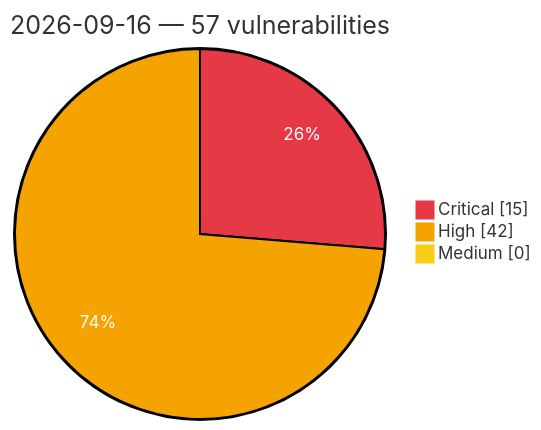
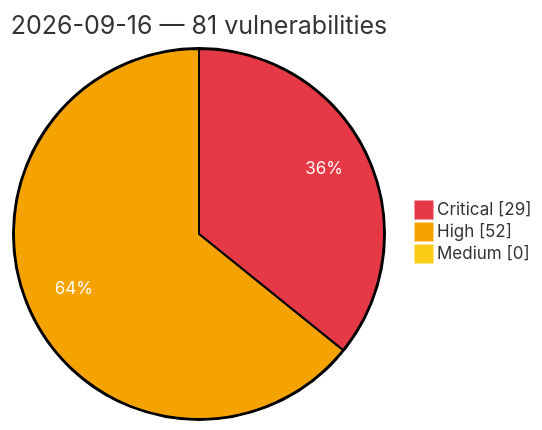
Before and after one commit to GhostX0X/vuln-tracker: the diagram in vulnerabilities/2026/September/2026-09-16.md, drawn with Mermaid. The commit also changed other lines of this file and 5 other files, not shown here.

Commit message:
Auto update: critical/high vulns (2026-09-16 19:33 UTC)

````diff
--- a/vulnerabilities/2026/September/2026-09-16.md
+++ b/vulnerabilities/2026/September/2026-09-16.md
@@ -3,8 +3,8 @@
 ```mermaid
 %%{init: {'theme':'base', 'themeVariables': {'pie1':'#e63946', 'pie2':'#f4a300', 'pie3':'#facc15', 'pieOpacity':'1', 'pieOuterStrokeWidth':'2px', 'pieSectionTextColor':'#ffffff'}}}%%
 pie showData
-    title 2026-09-16 — 57 vulnerabilities
-    "Critical" : 15
-    "High" : 42
+    title 2026-09-16 — 81 vulnerabilities
+    "Critical" : 29
+    "High" : 52
     "Medium" : 0
 ```
````
